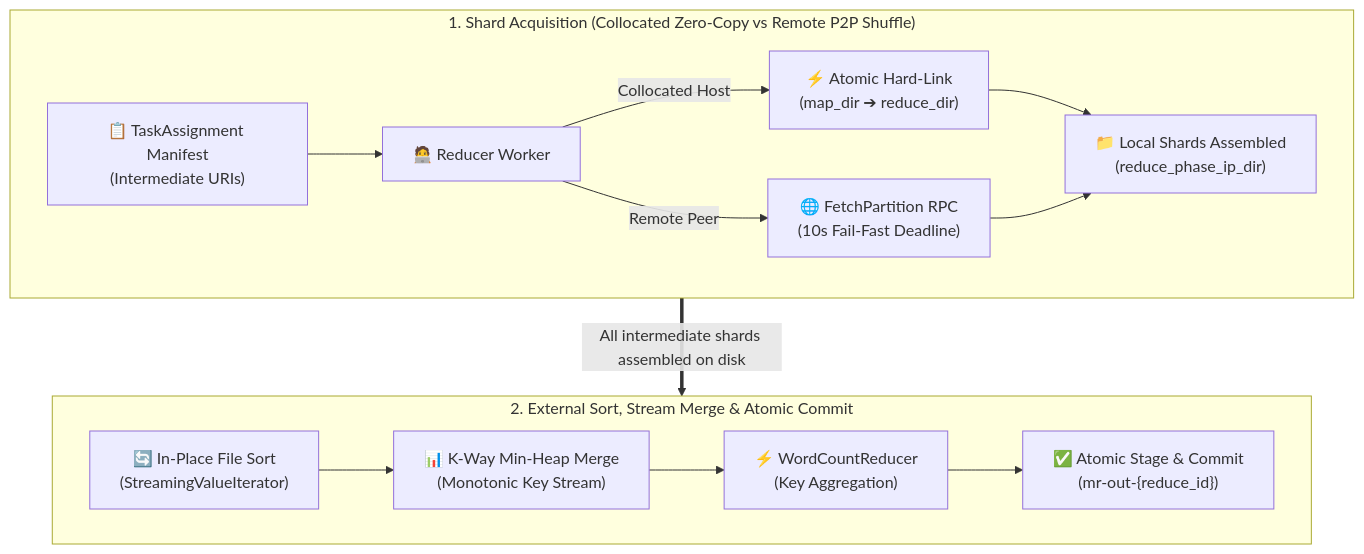
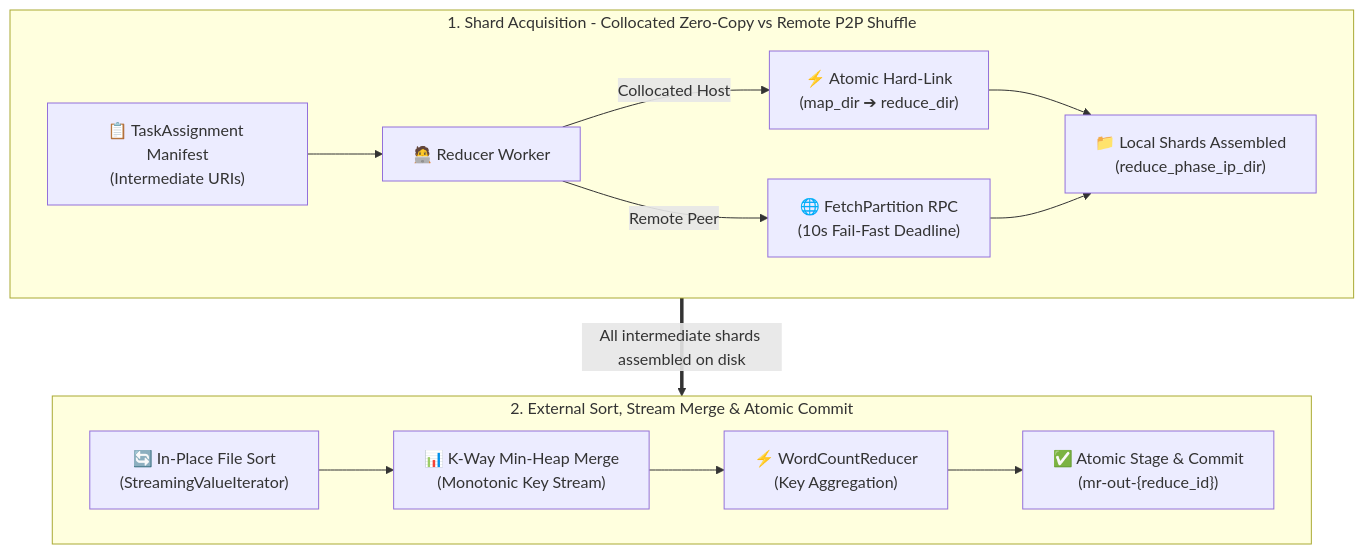
The third of 5 diagrams in README.md (Ging1Freecss/map_reduce_), drawn with Mermaid before and after one commit. The commit also changed other lines of this file, not shown here.

````diff
--- a/README.md
+++ b/README.md
@@ -115,24 +115,24 @@
 ```mermaid
 flowchart TD
-    subgraph Acquisition ["1. Shard Acquisition (Collocated Zero-Copy vs Remote P2P Shuffle)"]
+    subgraph Acquisition ["1. Shard Acquisition - Collocated Zero-Copy vs Remote P2P Shuffle"]
         direction LR
         Manifest["📋 TaskAssignment Manifest<br/>(Intermediate URIs)"]
         --> Reducer["🧑‍💻 Reducer Worker"]
         
         Reducer -->|Collocated Host| HardLink["⚡ Atomic Hard-Link<br/>(map_dir ➔ reduce_dir)"]
         Reducer -->|Remote Peer| P2P["🌐 FetchPartition RPC<br/>(10s Fail-Fast Deadline)"]
         
         HardLink --> ShardFiles["📁 Local Shards Assembled<br/>(reduce_phase_ip_dir)"]
         P2P --> ShardFiles
     end
 
     subgraph Processing ["2. External Sort, Stream Merge & Atomic Commit"]
         direction LR
         InPlaceSort["🔄 In-Place File Sort<br/>(StreamingValueIterator)"]
         --> HeapMerge["📊 K-Way Min-Heap Merge<br/>(Monotonic Key Stream)"]
         --> ReducerExec["⚡ WordCountReducer<br/>(Key Aggregation)"]
         --> CommitOut["✅ Atomic Stage & Commit<br/>(mr-out-{reduce_id})"]
     end
 
     Acquisition ==>|All intermediate shards assembled on disk| Processing
 ```
````
